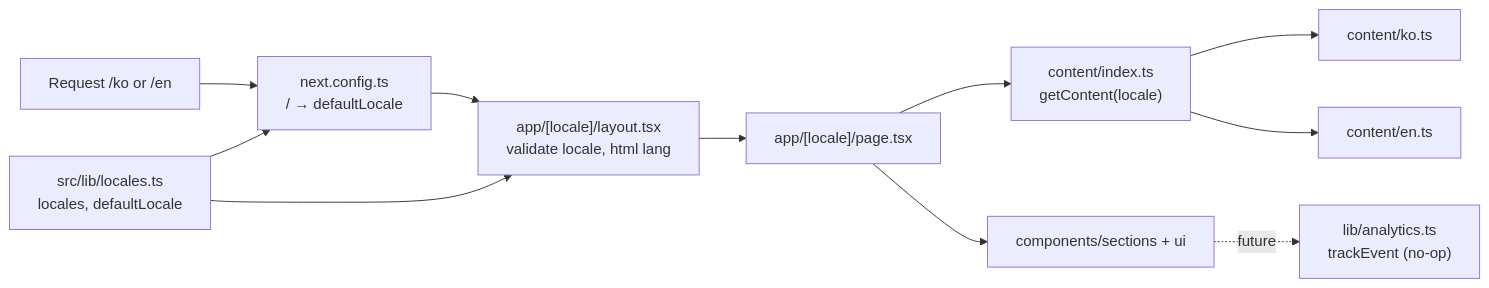
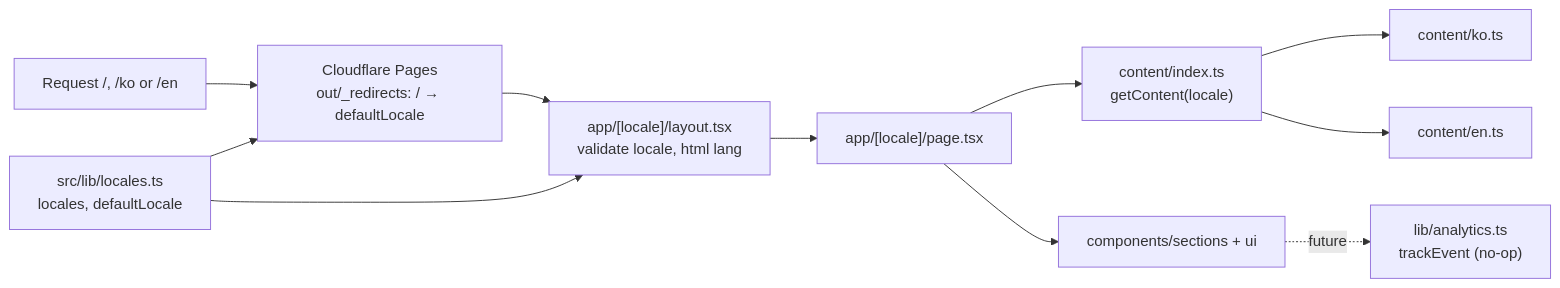
Before and after one commit to dylan5023/seven-korean-bakery: the diagram in docs/architecture.md, drawn with Mermaid. The commit also changed other lines of this file and 12 other files, not shown here.

First line of the commit message:
Feature/tteok 10 cloudflare pages (#7)

````diff
--- a/docs/architecture.md
+++ b/docs/architecture.md
@@ -64,13 +89,13 @@
 ```mermaid
 flowchart LR
-  Req["Request /ko or /en"] --> Next["next.config.ts<br/>/ → defaultLocale"]
+  Req["Request /, /ko or /en"] --> Next["Cloudflare Pages<br/>out/_redirects: / → defaultLocale"]
   Locales["src/lib/locales.ts<br/>locales, defaultLocale"] --> Next
   Next --> Layout["app/[locale]/layout.tsx<br/>validate locale, html lang"]
   Locales --> Layout
   Layout --> Page["app/[locale]/page.tsx"]
   Page --> GC["content/index.ts<br/>getContent(locale)"]
   GC --> Ko["content/ko.ts"]
   GC --> En["content/en.ts"]
   Page --> Comp["components/sections + ui"]
   Comp -.->|future| Analytics["lib/analytics.ts<br/>trackEvent (no-op)"]
 ```
````
